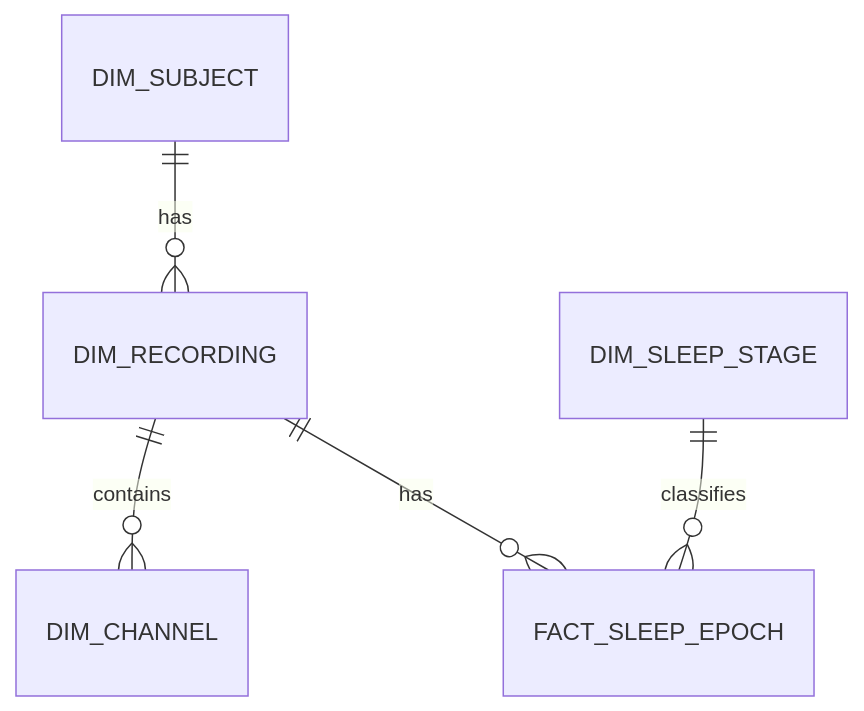
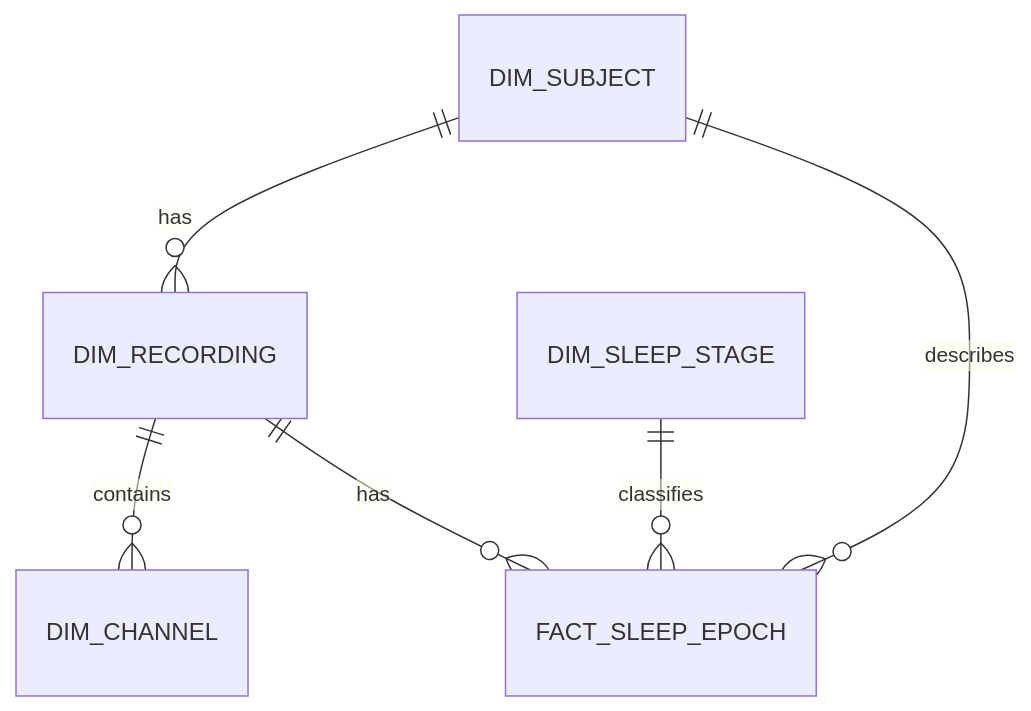
Before and after one commit to nnorman95/neuro_sleep_lakehouse_platform: the diagram in docs/data_model.md, drawn with Mermaid. The commit also changed other lines of this file and 2 other files, not shown here.

````diff
--- a/docs/data_model.md
+++ b/docs/data_model.md
@@ -497,7 +497,8 @@
 ```mermaid
 erDiagram
     DIM_SUBJECT ||--o{ DIM_RECORDING : has
+    DIM_SUBJECT ||--o{ FACT_SLEEP_EPOCH : describes
     DIM_RECORDING ||--o{ DIM_CHANNEL : contains
     DIM_RECORDING ||--o{ FACT_SLEEP_EPOCH : has
     DIM_SLEEP_STAGE ||--o{ FACT_SLEEP_EPOCH : classifies
 ```
````
